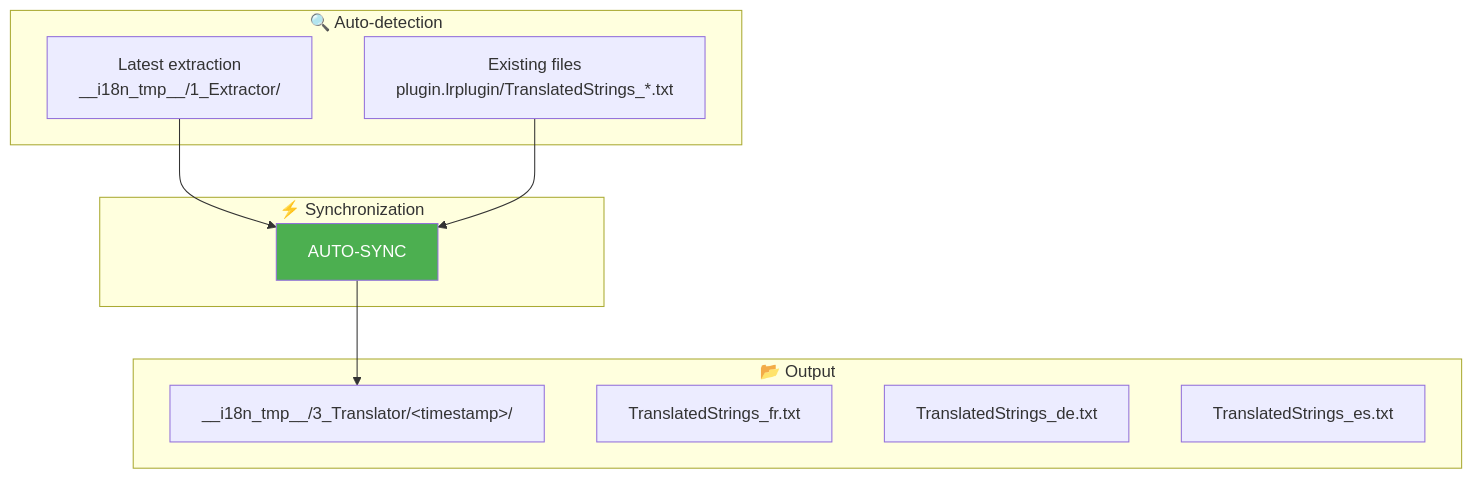
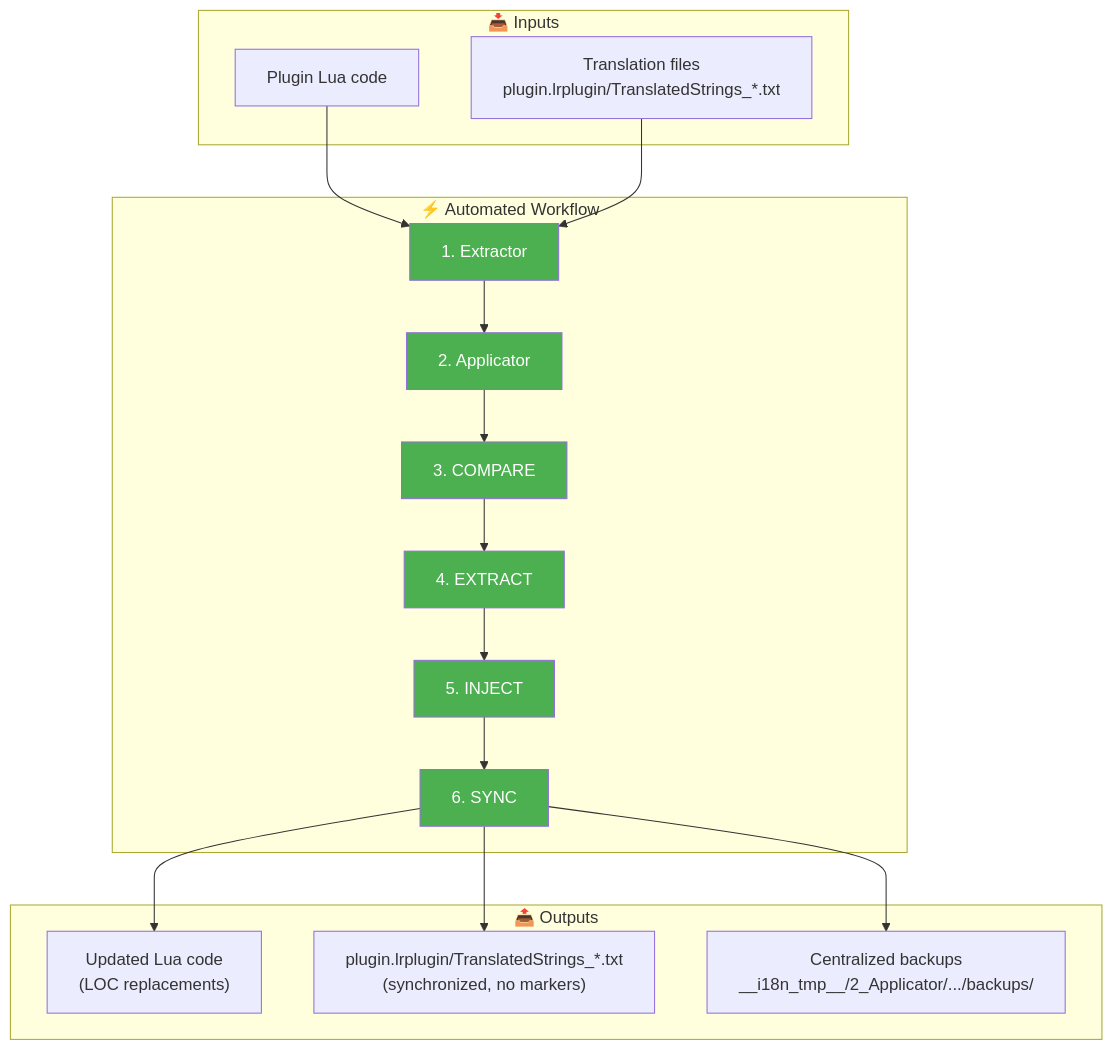
Before and after one commit to Gotcha26/Adobe_Lightroom_Translation_Plugins_Kit: the first of 2 diagrams in tools/translator/__doc__/en/commands/AUTOSYNC.md, drawn with Mermaid. The commit also changed other lines of this file and 12 other files, not shown here.

Commit message:
fix: AUTO-SYNC / SYNC and lot of things.

````diff
--- a/tools/translator/__doc__/en/commands/AUTOSYNC.md
+++ b/tools/translator/__doc__/en/commands/AUTOSYNC.md
@@ -17,24 +17,36 @@
 ```mermaid
 flowchart TB
-    subgraph Detection["🔍 Auto-detection"]
-        D1["Latest extraction<br/>__i18n_tmp__/1_Extractor/"]
-        D2["Existing files<br/>plugin.lrplugin/TranslatedStrings_*.txt"]
+    subgraph Input["📥 Inputs"]
+        I1["Plugin Lua code"]
+        I2["Translation files<br/>plugin.lrplugin/TranslatedStrings_*.txt"]
     end
 
-    subgraph Process["⚡ Synchronization"]
-        P["AUTO-SYNC"]
+    subgraph Process["⚡ Automated Workflow"]
+        P1["1. Extractor"]
+        P2["2. Applicator"]
+        P3["3. COMPARE"]
+        P4["4. EXTRACT"]
+        P5["5. INJECT"]
+        P6["6. SYNC"]
     end
 
-    subgraph Output["📂 Output"]
-        O["__i18n_tmp__/3_Translator/&lt;timestamp&gt;/"]
-        O1["TranslatedStrings_fr.txt"]
-        O2["TranslatedStrings_de.txt"]
-        O3["TranslatedStrings_es.txt"]
+    subgraph Output["📤 Outputs"]
+        O1["Updated Lua code<br/>(LOC replacements)"]
+        O2["plugin.lrplugin/TranslatedStrings_*.txt<br/>(synchronized, no markers)"]
+        O3["Centralized backups<br/>__i18n_tmp__/2_Applicator/.../backups/"]
     end
 
-    D1 --> P
-    D2 --> P
-    P --> O
+    I1 --> P1
+    I2 --> P1
+    P1 --> P2 --> P3 --> P4 --> P5 --> P6
+    P6 --> O1
+    P6 --> O2
+    P6 --> O3
 
-    style P fill:#4CAF50,color:#fff
+    style P1 fill:#4CAF50,color:#fff
+    style P2 fill:#4CAF50,color:#fff
+    style P3 fill:#4CAF50,color:#fff
+    style P4 fill:#4CAF50,color:#fff
+    style P5 fill:#4CAF50,color:#fff
+    style P6 fill:#4CAF50,color:#fff
 ```
````
